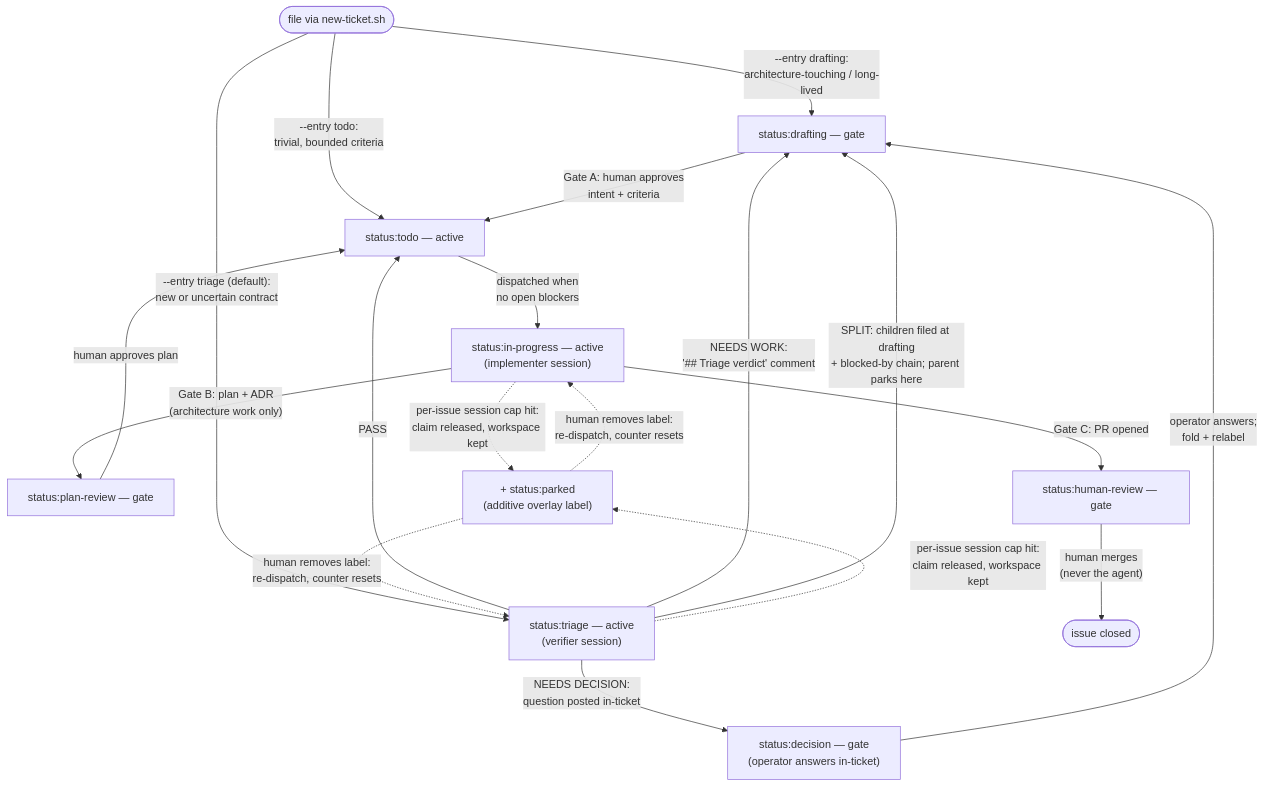
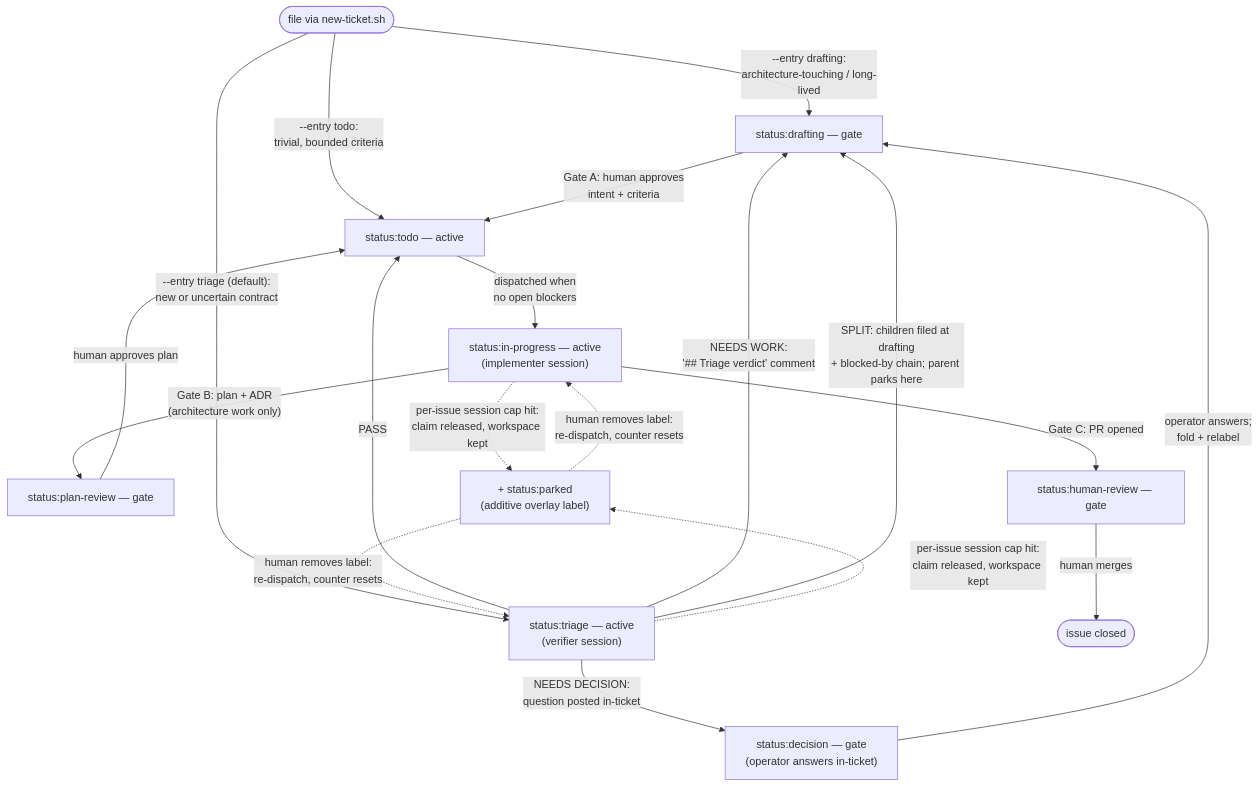
Before and after one commit to colin-prologue/Switchboard: the diagram in README.md, drawn with Mermaid. The commit also changed other lines of this file and 3 other files, not shown here.

````diff
--- a/README.md
+++ b/README.md
@@ -81,33 +82,33 @@
 ```mermaid
 flowchart TD
     new(["file via new-ticket.sh"])
 
     drafting["status:drafting — gate"]
     triage["status:triage — active<br/>(verifier session)"]
     decision["status:decision — gate<br/>(operator answers in-ticket)"]
     todo["status:todo — active"]
     inprog["status:in-progress — active<br/>(implementer session)"]
     planrev["status:plan-review — gate"]
     humrev["status:human-review — gate"]
     closed(["issue closed"])
     parked["+ status:parked<br/>(additive overlay label)"]
 
     new -->|"--entry drafting:<br/>architecture-touching / long-lived"| drafting
     new -->|"--entry triage (default):<br/>new or uncertain contract"| triage
     new -->|"--entry todo:<br/>trivial, bounded criteria"| todo
 
     drafting -->|"Gate A: human approves<br/>intent + criteria"| todo
     triage -->|"PASS"| todo
     triage -->|"NEEDS WORK:<br/>'## Triage verdict' comment"| drafting
     triage -->|"SPLIT: children filed at drafting<br/>+ blocked-by chain; parent parks here"| drafting
     triage -->|"NEEDS DECISION:<br/>question posted in-ticket"| decision
     decision -->|"operator answers;<br/>fold + relabel"| drafting
     todo -->|"dispatched when<br/>no open blockers"| inprog
     inprog -->|"Gate B: plan + ADR<br/>(architecture work only)"| planrev
     planrev -->|"human approves plan"| todo
     inprog -->|"Gate C: PR opened"| humrev
-    humrev -->|"human merges<br/>(never the agent)"| closed
+    humrev -->|"human merges"| closed
 
     triage & inprog -.->|"per-issue session cap hit:<br/>claim released, workspace kept"| parked
     parked -.->|"human removes label:<br/>re-dispatch, counter resets"| triage & inprog
 ```
````
